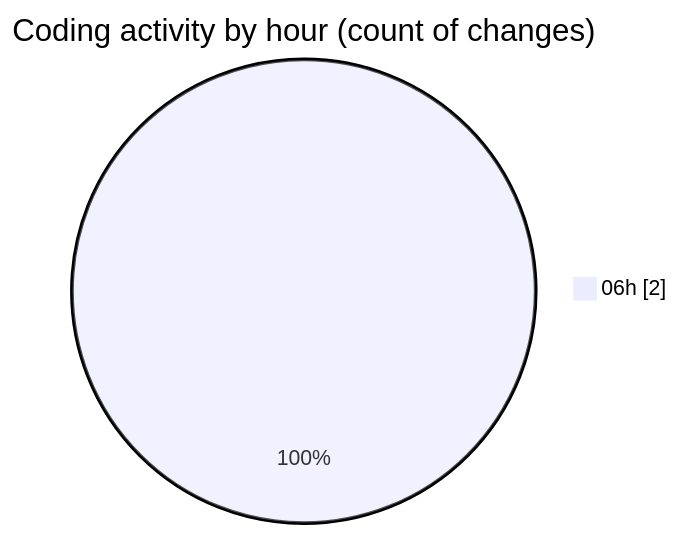
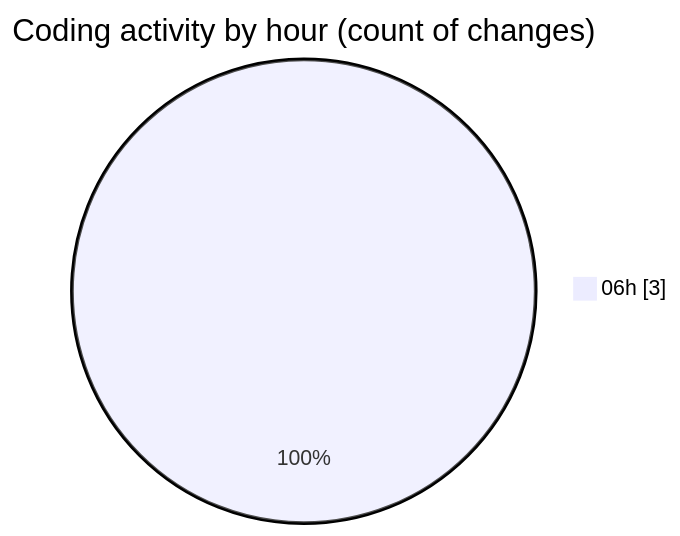
One commit to vahidmafi/code-tracking changed the second of 2 diagrams in 2025-04-18/zeytoon/README.md. Above: the diagram before and after it, drawn with Mermaid. The commit also changed other lines of this file and 1 other file, not shown here.

````diff
--- a/2025-04-18/zeytoon/README.md
+++ b/2025-04-18/zeytoon/README.md
@@ -28,5 +28,5 @@
 ```mermaid
 pie showData
 title Coding activity by hour (count of changes)
-"06h" : 2
+"06h" : 3
 ```
````
